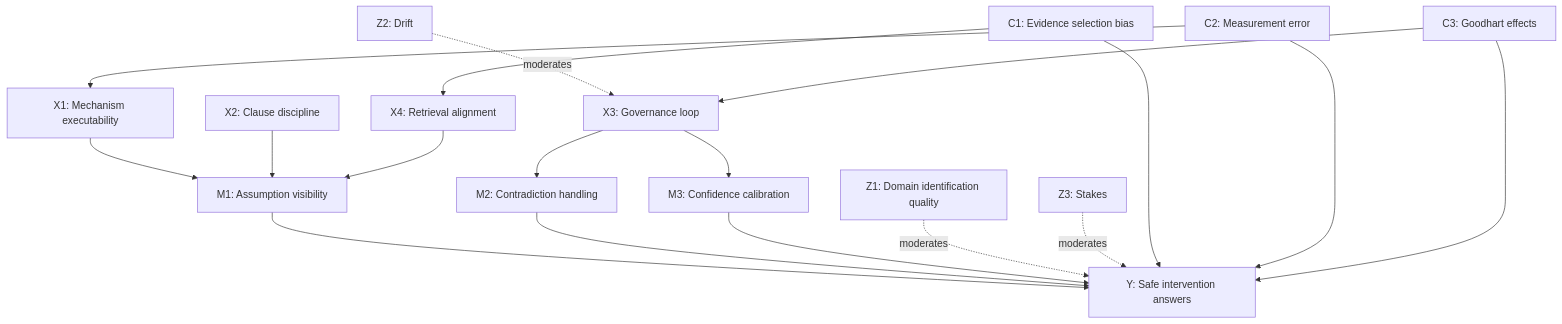
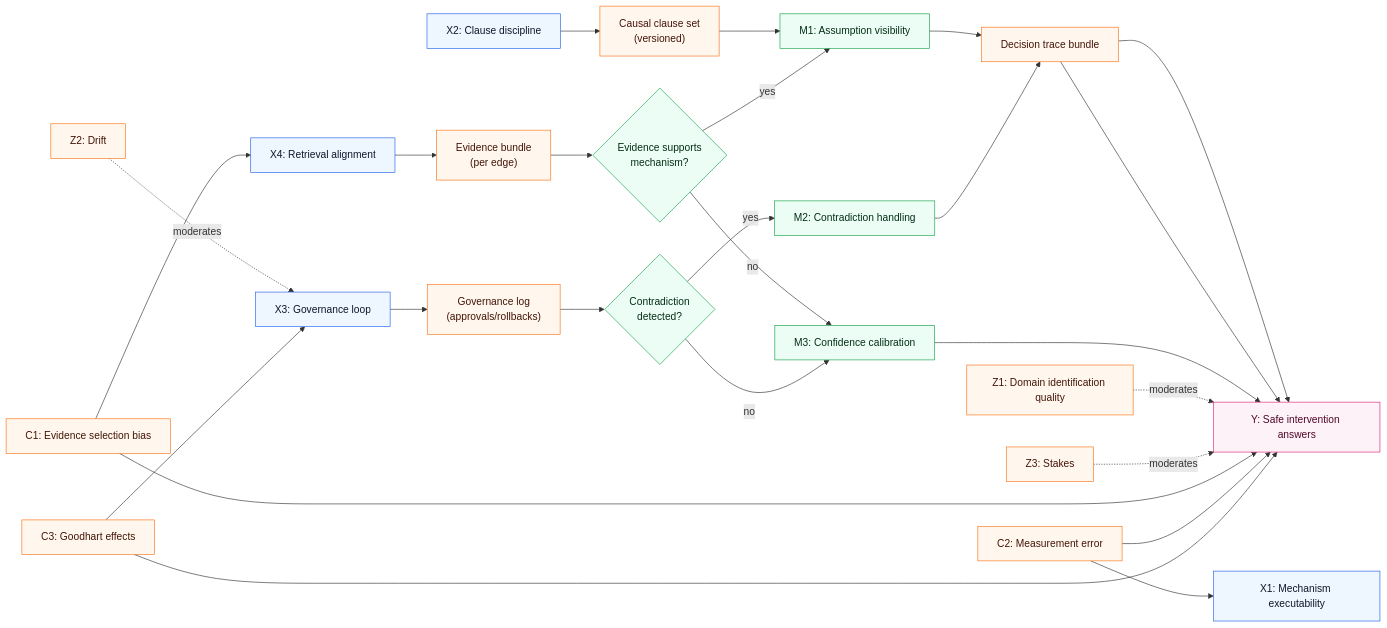
One commit to 5Reasons/5reasons.github.io changed the first of 3 diagrams in docs/blog/posts/mechanism-executable-causal-graphrag.md. Above: the diagram before and after it, drawn with Mermaid. The commit also changed other lines of this file and 14 other files, not shown here.

First line of the commit message:
Refactor diagrams and improve clarity in blog posts and case studies

````diff
--- a/docs/blog/posts/mechanism-executable-causal-graphrag.md
+++ b/docs/blog/posts/mechanism-executable-causal-graphrag.md
@@ -68,25 +68,64 @@
 ```mermaid
-graph TD;
-  Y["Y: Safe intervention answers"];
+flowchart LR
+  %% Inputs
+  X1["X1: Mechanism executability"]:::i
+  X2["X2: Clause discipline"]:::i
+  X3["X3: Governance loop"]:::i
+  X4["X4: Retrieval alignment"]:::i
 
-  X1["X1: Mechanism executability"] --> M1["M1: Assumption visibility"];
-  X2["X2: Clause discipline"] --> M1;
-  X3["X3: Governance loop"] --> M2["M2: Contradiction handling"];
-  X3 --> M3["M3: Confidence calibration"];
-  X4["X4: Retrieval alignment"] --> M1;
+  %% Moderators / confounders
+  Z1["Z1: Domain identification quality"]:::r
+  Z2["Z2: Drift"]:::r
+  Z3["Z3: Stakes"]:::r
+  C1["C1: Evidence selection bias"]:::r
+  C2["C2: Measurement error"]:::r
+  C3["C3: Goodhart effects"]:::r
 
-  M1 --> Y;
-  M2 --> Y;
-  M3 --> Y;
+  %% Mediators
+  M1["M1: Assumption visibility"]:::p
+  M2["M2: Contradiction handling"]:::p
+  M3["M3: Confidence calibration"]:::p
 
-  Z1["Z1: Domain identification quality"] -. moderates .-> Y;
-  Z2["Z2: Drift"] -. moderates .-> X3;
-  Z3["Z3: Stakes"] -. moderates .-> Y;
+  %% Records / products
+  R1["Causal clause set<br>(versioned)"]:::r
+  R2["Evidence bundle<br>(per edge)"]:::r
+  R3["Decision trace bundle"]:::r
+  R4["Governance log<br>(approvals/rollbacks)"]:::r
 
-  C1["C1: Evidence selection bias"] --> X4;
-  C1 --> Y;
-  C2["C2: Measurement error"] --> X1;
-  C2 --> Y;
-  C3["C3: Goodhart effects"] --> X3;
-  C3 --> Y;
+  %% Gates
+  G1{"Evidence supports<br>mechanism?"}:::p
+  G2{"Contradiction<br>detected?"}:::p
+
+  %% Outcome
+  Y["Y: Safe intervention answers"]:::o
+
+  %% Links
+  X2 --> R1 --> M1
+  X4 --> R2 --> G1
+  G1 -- yes --> M1
+  G1 -- no --> M3
+
+  X3 --> R4 --> G2
+  G2 -- yes --> M2
+  G2 -- no --> M3
+
+  M1 --> R3 --> Y
+  M2 --> R3 --> Y
+  M3 --> Y
+
+  Z1 -. moderates .-> Y
+  Z2 -. moderates .-> X3
+  Z3 -. moderates .-> Y
+  C1 --> X4
+  C1 --> Y
+  C2 --> X1
+  C2 --> Y
+  C3 --> X3
+  C3 --> Y
+
+  %% brModel styles
+  classDef i fill:#eef6ff,stroke:#2563eb,stroke-width:1px,color:#0f172a;
+  classDef p fill:#ecfdf5,stroke:#16a34a,stroke-width:1px,color:#052e16;
+  classDef r fill:#fff7ed,stroke:#f97316,stroke-width:1px,color:#431407;
+  classDef o fill:#fdf2f8,stroke:#db2777,stroke-width:1px,color:#500724;
 ```
````
